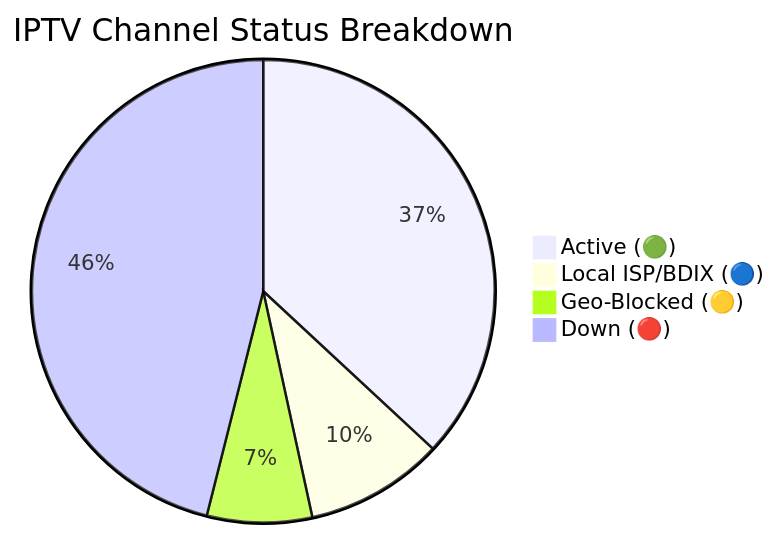
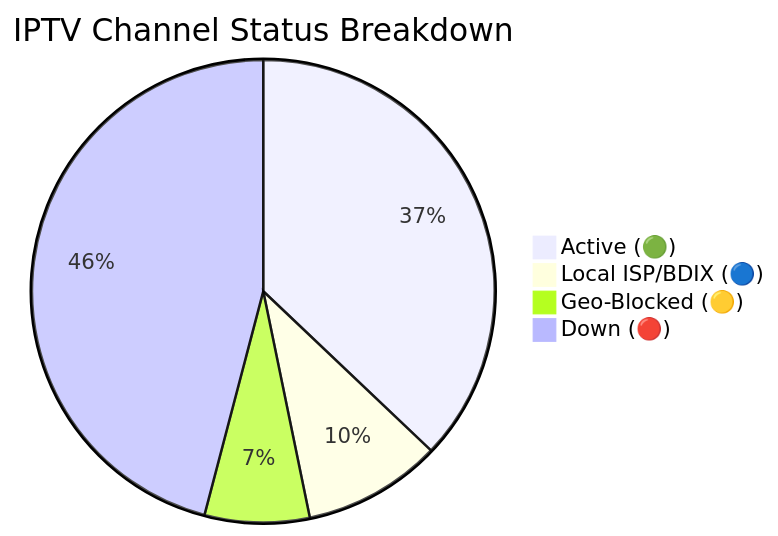
One commit to Zaman-Topu/Ip-tv-Collection changed the diagram in README.md. Above: the diagram before and after it, drawn with Mermaid. The commit also changed other lines of this file and 1 other file, not shown here.

Commit message:
docs(readme): auto-update daily channel status chart

````diff
--- a/README.md
+++ b/README.md
@@ -59,7 +59,7 @@
 ```mermaid
 pie title IPTV Channel Status Breakdown
-    "Active (🟢)" : 2924
+    "Active (🟢)" : 2938
     "Local ISP/BDIX (🔵)" : 767
-    "Geo-Blocked (🟡)" : 581
-    "Down (🔴)" : 3650
+    "Geo-Blocked (🟡)" : 580
+    "Down (🔴)" : 3637
 ```
````
